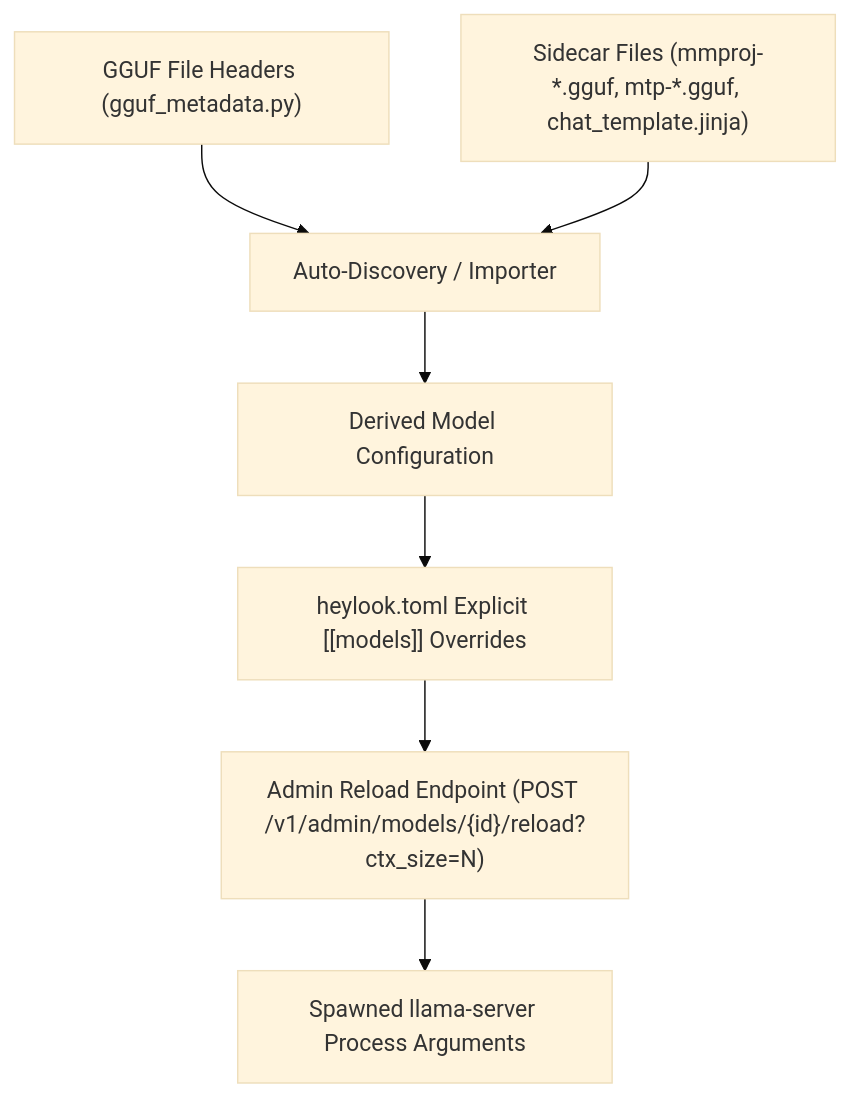
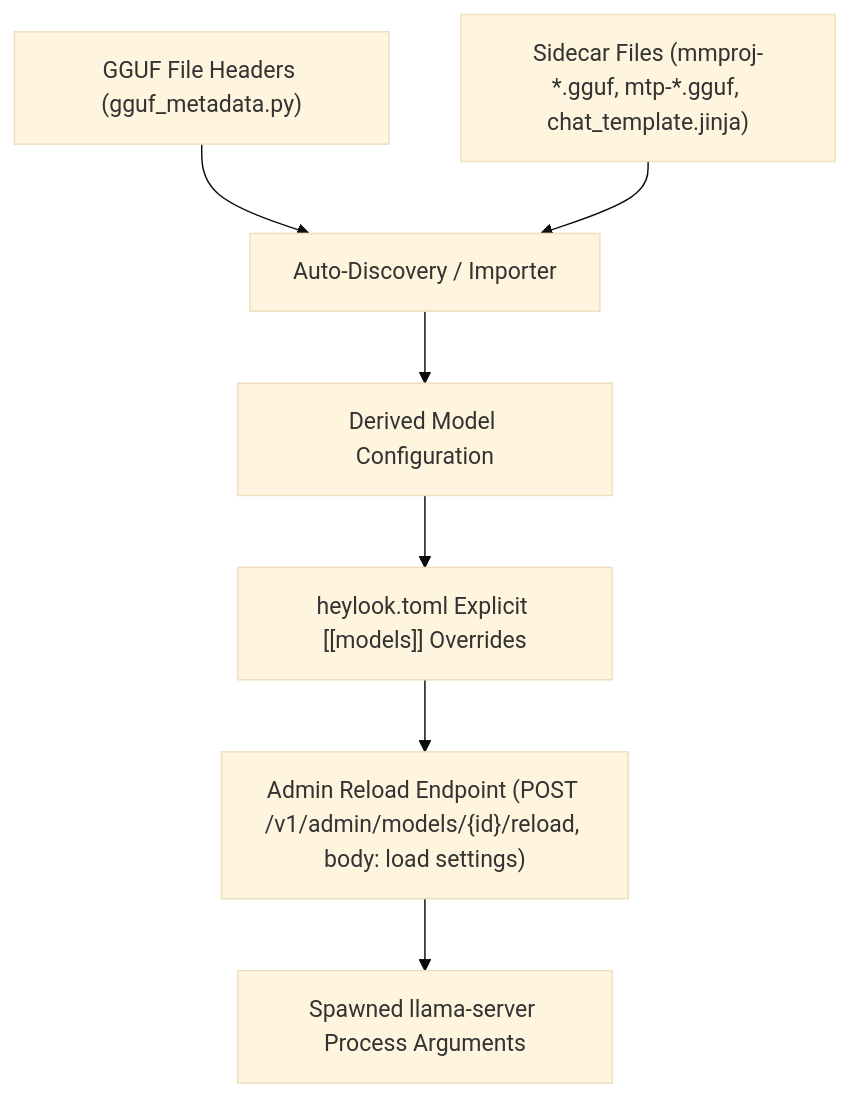
The third of 3 diagrams in docs/wiki/llama_server_build_and_spawn.md (fblissjr/heylookitsanllm), drawn with Mermaid (base theme) before and after one commit. The commit also changed other lines of this file and 23 other files, not shown here.

First line of the commit message:
feat!: load settings -- flash_attn, a reload body, and chat's load panel (plan W1, v2.0.136)

````diff
--- a/docs/wiki/llama_server_build_and_spawn.md
+++ b/docs/wiki/llama_server_build_and_spawn.md
@@ -417,10 +417,10 @@
 ```mermaid
 flowchart TD
     GGUFFile["GGUF File Headers (gguf_metadata.py)"] --> AutoDetect["Auto-Discovery / Importer"]
     Sidecars["Sidecar Files (mmproj-*.gguf, mtp-*.gguf, chat_template.jinja)"] --> AutoDetect
     AutoDetect --> DefaultModelConfig["Derived Model Configuration"]
     
     DefaultModelConfig --> TomlConfig["heylook.toml Explicit [[models]] Overrides"]
-    TomlConfig --> AdminAPI["Admin Reload Endpoint (POST /v1/admin/models/{id}/reload?ctx_size=N)"]
+    TomlConfig --> AdminAPI["Admin Reload Endpoint (POST /v1/admin/models/{id}/reload, body: load settings)"]
     AdminAPI --> RunningProcess["Spawned llama-server Process Arguments"]
 ```
````
